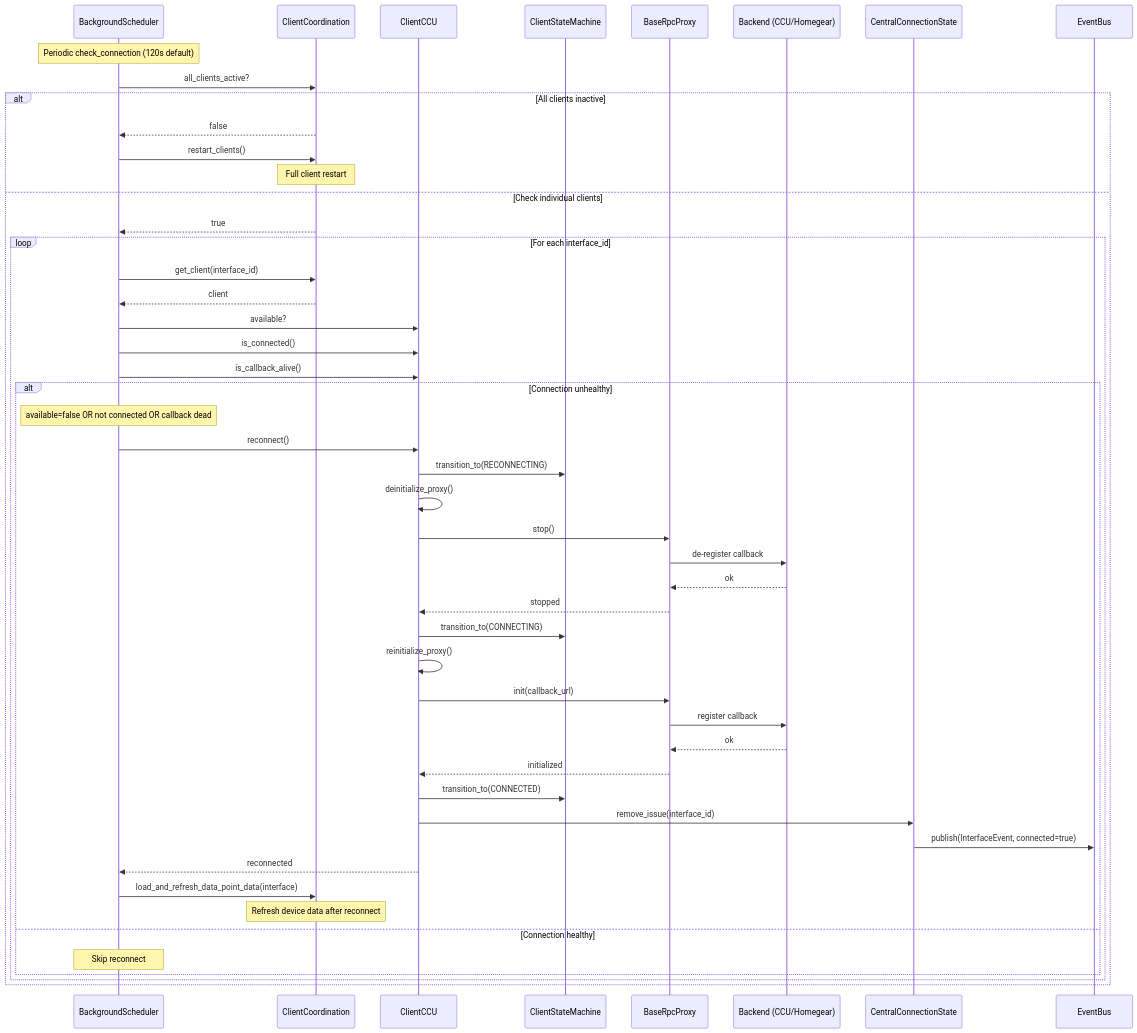
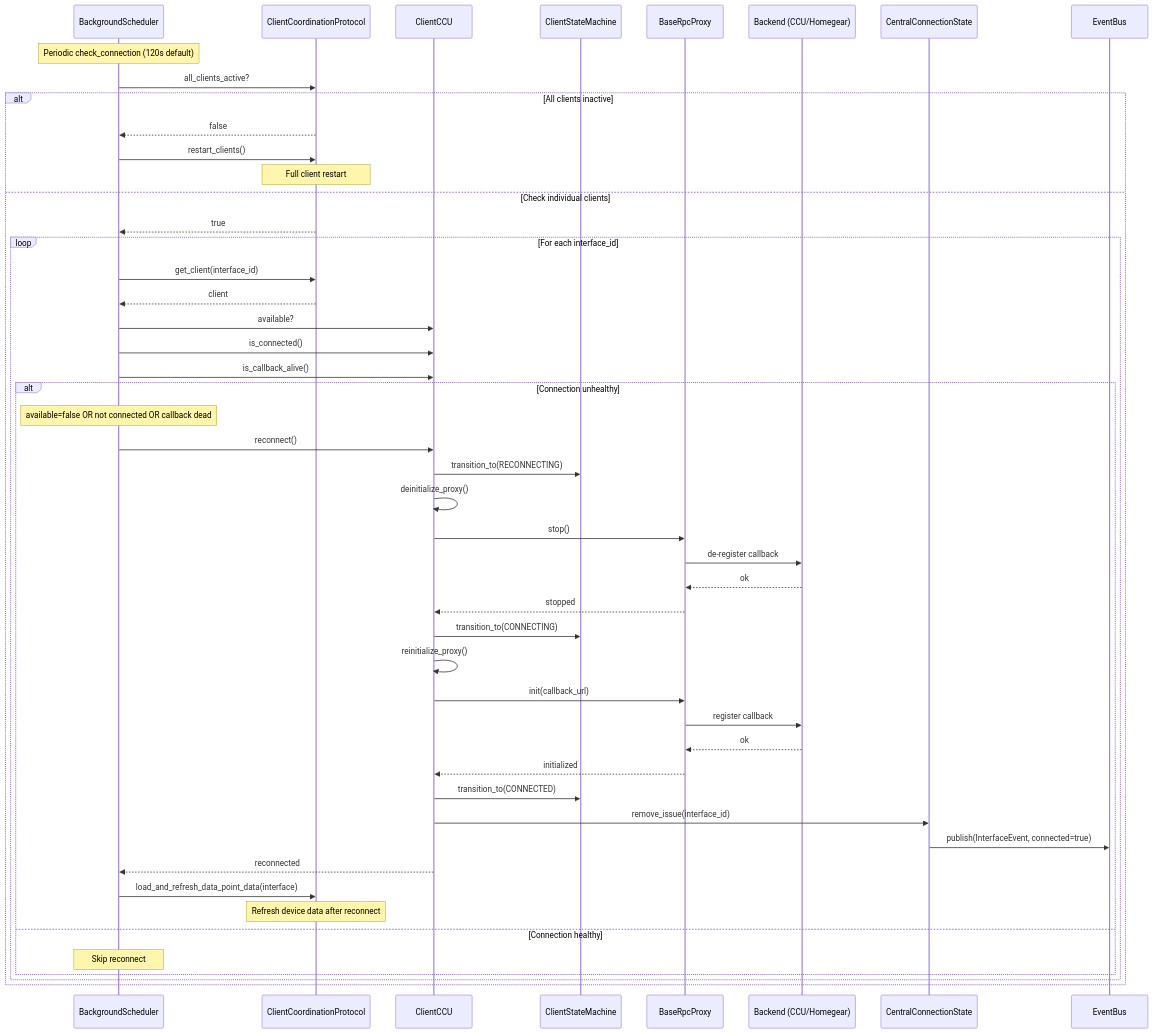
Before and after one commit to SukramJ/aiohomematic: the eighth of 16 diagrams in docs/sequence_diagrams.md, drawn with Mermaid. The commit also changed 57 other files, not shown here.

````diff
--- a/docs/sequence_diagrams.md
+++ b/docs/sequence_diagrams.md
@@ -550,63 +550,63 @@
 ```mermaid
 sequenceDiagram
   participant Sched as BackgroundScheduler
-  participant CC as ClientCoordination
+  participant CC as ClientCoordinationProtocol
   participant CX as ClientCCU
   participant SM as ClientStateMachine
   participant Proxy as BaseRpcProxy
   participant CCU as Backend (CCU/Homegear)
   participant CS as CentralConnectionState
   participant EB as EventBus
 
   Note over Sched: Periodic check_connection (120s default)
   Sched->>CC: all_clients_active?
 
   alt All clients inactive
     CC-->>Sched: false
     Sched->>CC: restart_clients()
     Note over CC: Full client restart
   else Check individual clients
     CC-->>Sched: true
 
     loop For each interface_id
       Sched->>CC: get_client(interface_id)
       CC-->>Sched: client
 
       Sched->>CX: available?
       Sched->>CX: is_connected()
       Sched->>CX: is_callback_alive()
 
       alt Connection unhealthy
         Note over Sched: available=false OR not connected OR callback dead
 
         Sched->>CX: reconnect()
         CX->>SM: transition_to(RECONNECTING)
 
         CX->>CX: deinitialize_proxy()
         CX->>Proxy: stop()
         Proxy->>CCU: de-register callback
         CCU-->>Proxy: ok
         Proxy-->>CX: stopped
 
         CX->>SM: transition_to(CONNECTING)
 
         CX->>CX: reinitialize_proxy()
         CX->>Proxy: init(callback_url)
         Proxy->>CCU: register callback
         CCU-->>Proxy: ok
         Proxy-->>CX: initialized
 
         CX->>SM: transition_to(CONNECTED)
         CX->>CS: remove_issue(interface_id)
         CS->>EB: publish(InterfaceEvent, connected=true)
 
         CX-->>Sched: reconnected
 
         Sched->>CC: load_and_refresh_data_point_data(interface)
         Note over CC: Refresh device data after reconnect
       else Connection healthy
         Note over Sched: Skip reconnect
       end
     end
   end
 ```
````
